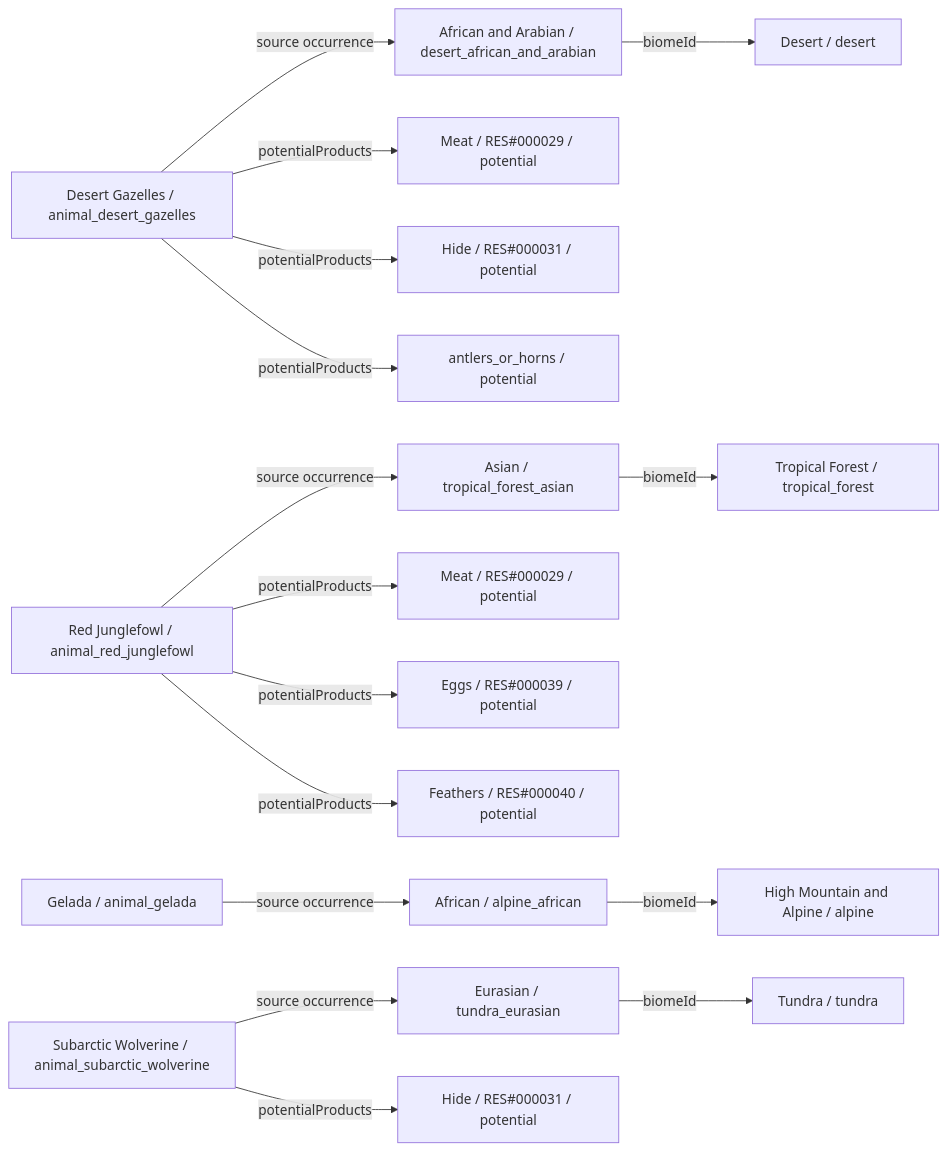
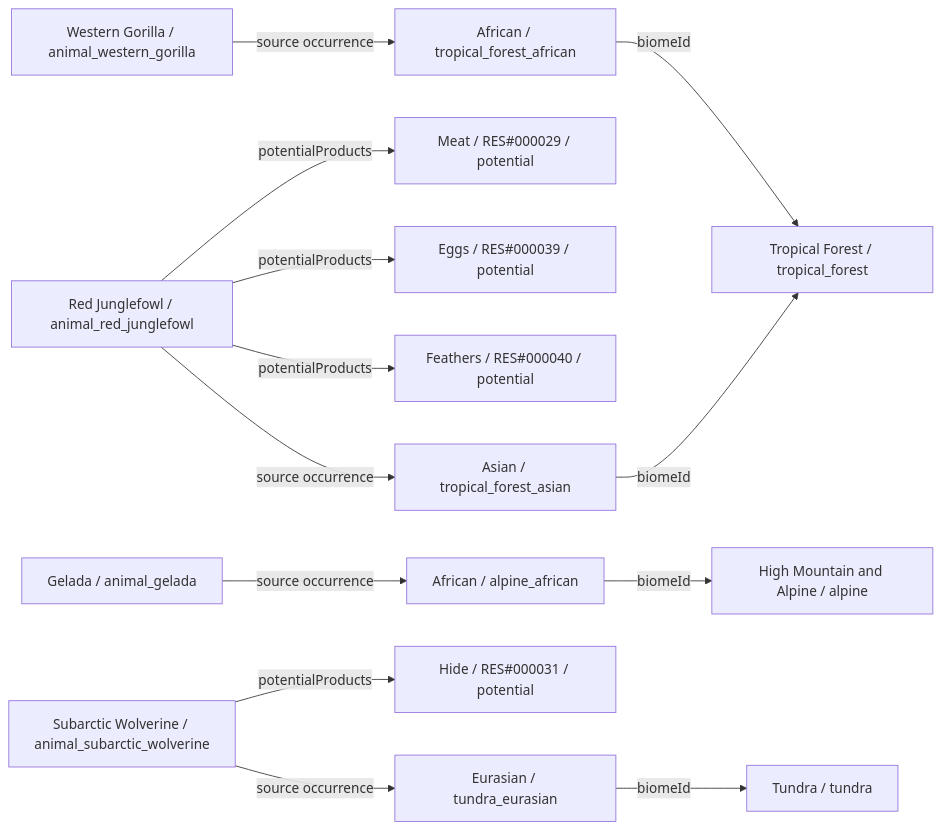
One commit to fgabo404/EvolveDoc changed diagram 11 of 26 in data/animals/DIAGRAMS.md. Above: the diagram before and after it, drawn with Mermaid. The commit also changed other lines of this file and 59 other files, not shown here.

````diff
--- a/data/animals/DIAGRAMS.md
+++ b/data/animals/DIAGRAMS.md
@@ -714,37 +598,30 @@
 ```mermaid
 flowchart LR
-    c0["Desert Gazelles / animal_desert_gazelles"]
-    v16["African and Arabian / desert_african_and_arabian"]
-    b4["Desert / desert"]
-    o0_0["Meat / RES#000029 / potential"]
-    o0_1["Hide / RES#000031 / potential"]
-    o0_2["antlers_or_horns / potential"]
-    c1["Red Junglefowl / animal_red_junglefowl"]
+    c0["Red Junglefowl / animal_red_junglefowl"]
     v2["Asian / tropical_forest_asian"]
     b0["Tropical Forest / tropical_forest"]
-    o1_0["Meat / RES#000029 / potential"]
-    o1_1["Eggs / RES#000039 / potential"]
-    o1_2["Feathers / RES#000040 / potential"]
-    c2["Gelada / animal_gelada"]
+    o0_0["Meat / RES#000029 / potential"]
+    o0_1["Eggs / RES#000039 / potential"]
+    o0_2["Feathers / RES#000040 / potential"]
+    c1["Gelada / animal_gelada"]
     v26["African / alpine_african"]
     b6["High Mountain and Alpine / alpine"]
-    c3["Subarctic Wolverine / animal_subarctic_wolverine"]
+    c2["Subarctic Wolverine / animal_subarctic_wolverine"]
     v9["Eurasian / tundra_eurasian"]
     b2["Tundra / tundra"]
-    o3_0["Hide / RES#000031 / potential"]
+    o2_0["Hide / RES#000031 / potential"]
+    c3["Western Gorilla / animal_western_gorilla"]
+    v1["African / tropical_forest_african"]
     c0 -->|potentialProducts| o0_0
     c0 -->|potentialProducts| o0_1
     c0 -->|potentialProducts| o0_2
-    c0 -->|source occurrence| v16
-    c1 -->|potentialProducts| o1_0
-    c1 -->|potentialProducts| o1_1
-    c1 -->|potentialProducts| o1_2
-    c1 -->|source occurrence| v2
-    c2 -->|source occurrence| v26
-    c3 -->|potentialProducts| o3_0
-    c3 -->|source occurrence| v9
-    v16 -->|biomeId| b4
+    c0 -->|source occurrence| v2
+    c1 -->|source occurrence| v26
+    c2 -->|potentialProducts| o2_0
+    c2 -->|source occurrence| v9
+    c3 -->|source occurrence| v1
+    v1 -->|biomeId| b0
     v2 -->|biomeId| b0
     v26 -->|biomeId| b6
     v9 -->|biomeId| b2
 ```
````
